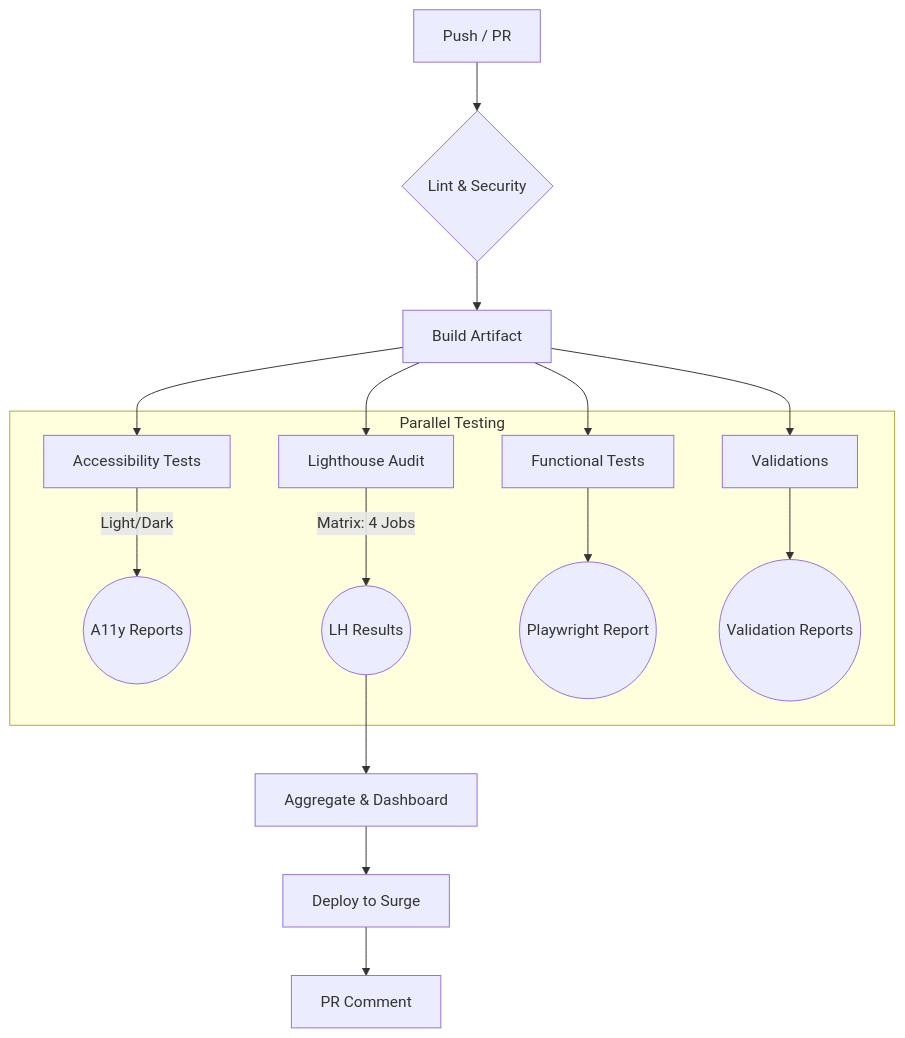
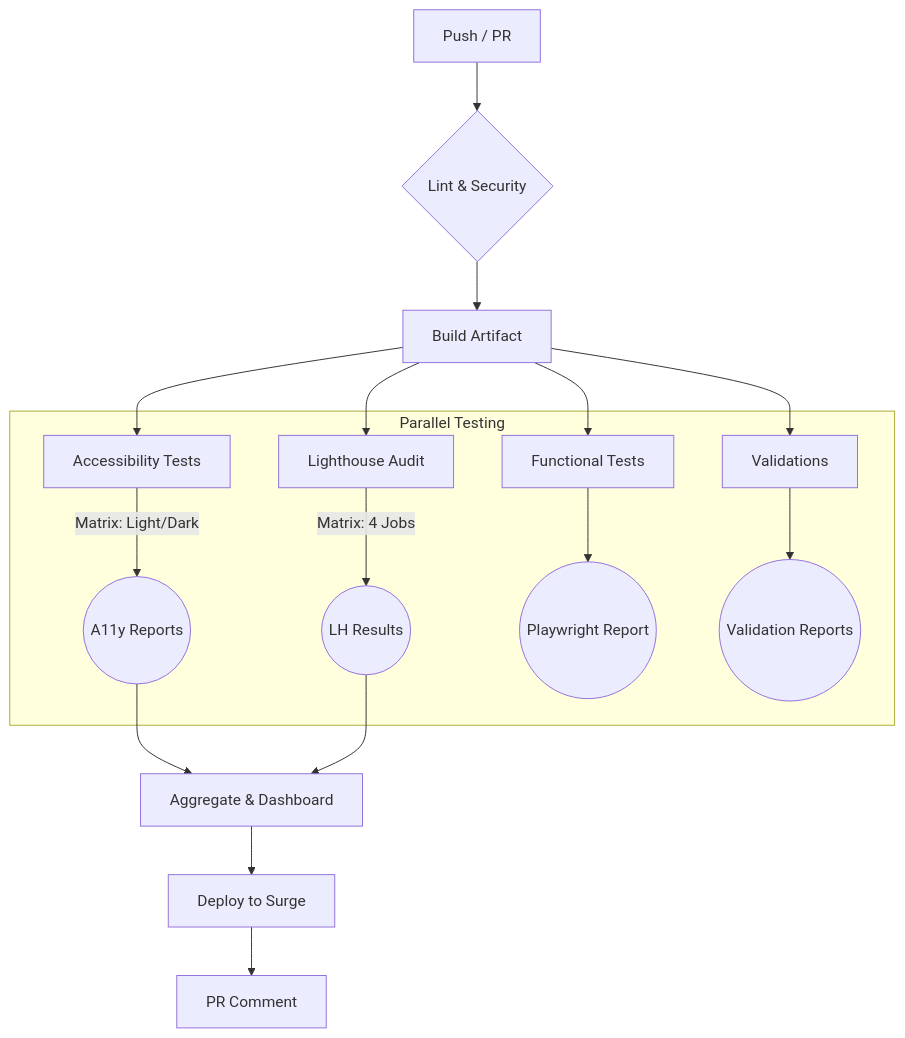
One commit to jmrplens/jmrp.io changed the diagram in README.md. Above: the diagram before and after it, drawn with Mermaid. The commit also changed other lines of this file, not shown here.

Commit message:
docs: update ci diagram and accessibility testing details

````diff
--- a/README.md
+++ b/README.md
@@ -131,20 +131,21 @@
 ```mermaid
 graph TD
     A[Push / PR] --> B{Lint & Security}
     B --> C[Build Artifact]
     C --> D[Accessibility Tests]
     C --> E[Lighthouse Audit]
     C --> F[Functional Tests]
     C --> G[Validations]
 
     subgraph "Parallel Testing"
-        D -- Light/Dark --> D1((A11y Reports))
+        D -- Matrix: Light/Dark --> D1((A11y Reports))
         E -- Matrix: 4 Jobs --> E1((LH Results))
         F --> F1((Playwright Report))
         G --> G1((Validation Reports))
     end
 
-    E1 --> H[Aggregate & Dashboard]
+    D1 --> H[Aggregate & Dashboard]
+    E1 --> H
     H --> I[Deploy to Surge]
     I --> J[PR Comment]
 ```
````
